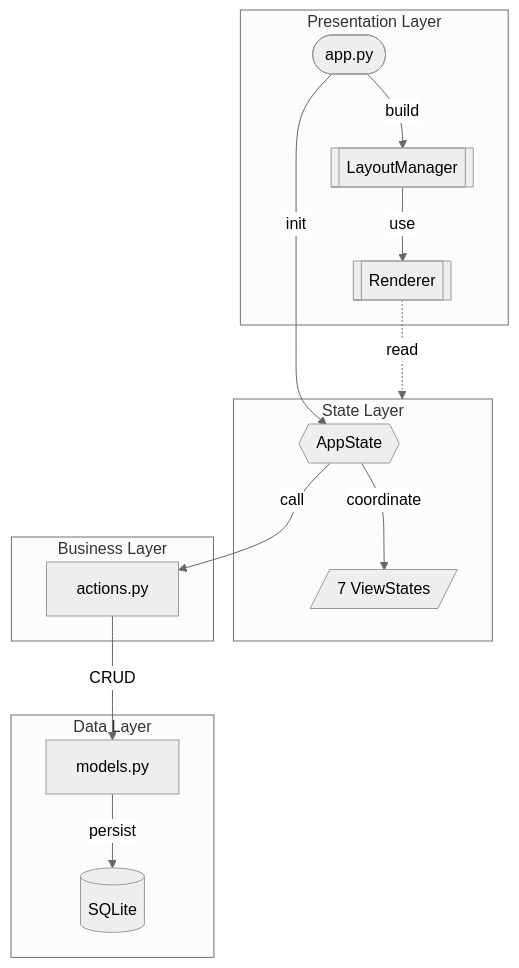
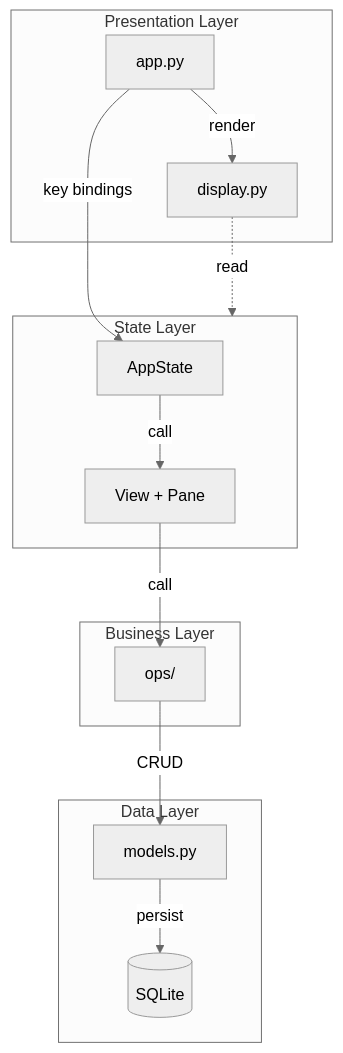
One commit to mukimasta/mukitodo changed the diagram in README.md. Above: the diagram before and after it, drawn with Mermaid. The commit also changed other lines of this file and 101 other files, not shown here.

````diff
--- a/README.md
+++ b/README.md
@@ -85,32 +121,30 @@
 ```mermaid
 %%{init: {'theme': 'neutral'}}%%
 flowchart TB
     subgraph Presentation [Presentation Layer]
-        App([app.py])
-        Layout[[LayoutManager]]
-        Render[[Renderer]]
+        App[app.py]
+        Display[display.py]
     end
 
     subgraph StateLayer [State Layer]
-        AppState{{AppState}}
-        Views[/7 ViewStates/]
+        AppState[AppState]
+        View[View + Pane]
     end
 
     subgraph Business [Business Layer]
-        Actions[actions.py]
+        Ops[ops/]
     end
 
     subgraph DataLayer [Data Layer]
         Models[models.py]
         DB[(SQLite)]
     end
 
-    App -->|build| Layout
-    App -->|init| AppState
-    Layout -->|use| Render
-    Render -.->|read| StateLayer
-    AppState -->|coordinate| Views
-    AppState -->|call| Actions
-    Actions -->|CRUD| Models
+    App -->|key bindings| AppState
+    App -->|render| Display
+    Display -.->|read| StateLayer
+    AppState -->|call| View
+    View -->|call| Ops
+    Ops -->|CRUD| Models
     Models -->|persist| DB
 ```
````
